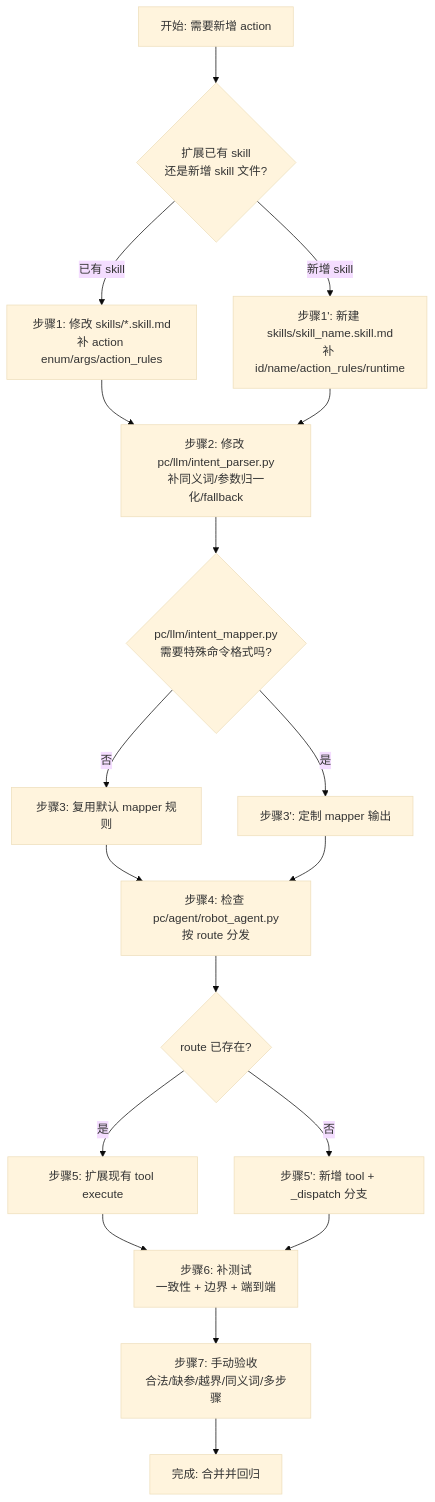
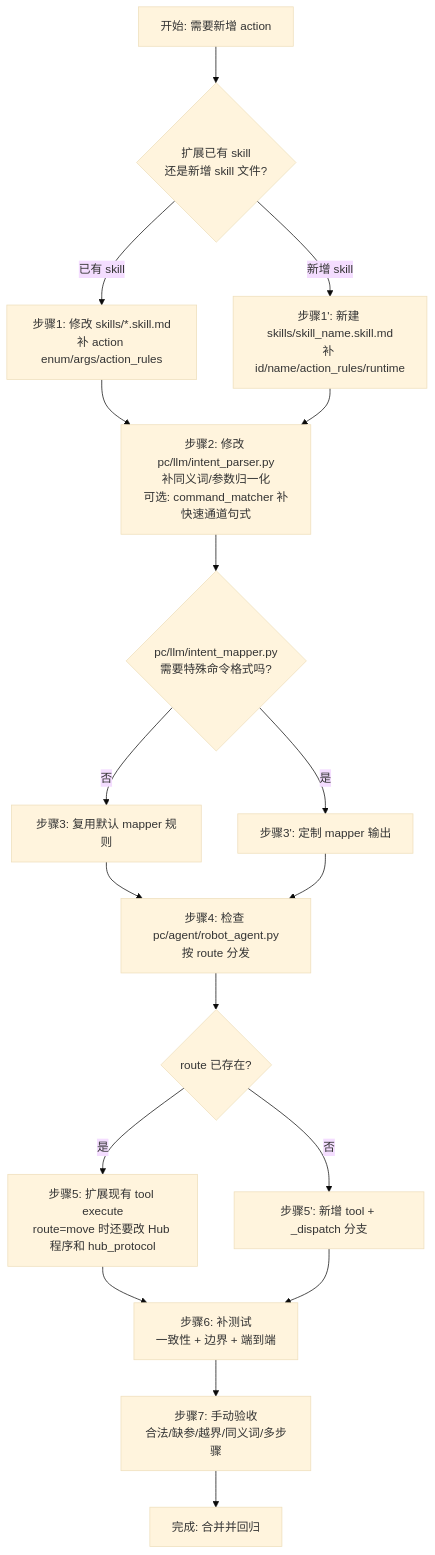
Before and after one commit to hrsxz/voice_robot: the third of 3 diagrams in README.md, drawn with Mermaid (base theme). The commit also changed other lines of this file and 196 other files, not shown here.

````diff
--- a/README.md
+++ b/README.md
@@ -351,27 +595,27 @@
 ```mermaid
 flowchart TD
   S[开始: 需要新增 action] --> D{扩展已有 skill<br/>还是新增 skill 文件?}
 
   D -->|已有 skill| A1[步骤1: 修改 skills/*.skill.md<br/>补 action enum/args/action_rules]
   D -->|新增 skill| B1[步骤1': 新建 skills/skill_name.skill.md<br/>补 id/name/action_rules/runtime]
 
-  A1 --> C1[步骤2: 修改 pc/llm/intent_parser.py<br/>补同义词/参数归一化/fallback]
+  A1 --> C1[步骤2: 修改 pc/llm/intent_parser.py<br/>补同义词/参数归一化<br/>可选: command_matcher 补快速通道句式]
   B1 --> C1
 
   C1 --> C2{pc/llm/intent_mapper.py<br/>需要特殊命令格式吗?}
   C2 -->|否| D1[步骤3: 复用默认 mapper 规则]
   C2 -->|是| D2[步骤3': 定制 mapper 输出]
 
   D1 --> E1[步骤4: 检查 pc/agent/robot_agent.py<br/>按 route 分发]
   D2 --> E1
 
   E1 --> E2{route 已存在?}
-  E2 -->|是| F1[步骤5: 扩展现有 tool execute]
+  E2 -->|是| F1[步骤5: 扩展现有 tool execute<br/>route=move 时还要改 Hub 程序和 hub_protocol]
   E2 -->|否| F2[步骤5': 新增 tool + _dispatch 分支]
 
   F1 --> G1[步骤6: 补测试<br/>一致性 + 边界 + 端到端]
   F2 --> G1
 
   G1 --> H1[步骤7: 手动验收<br/>合法/缺参/越界/同义词/多步骤]
   H1 --> I[完成: 合并并回归]
 ```
````
